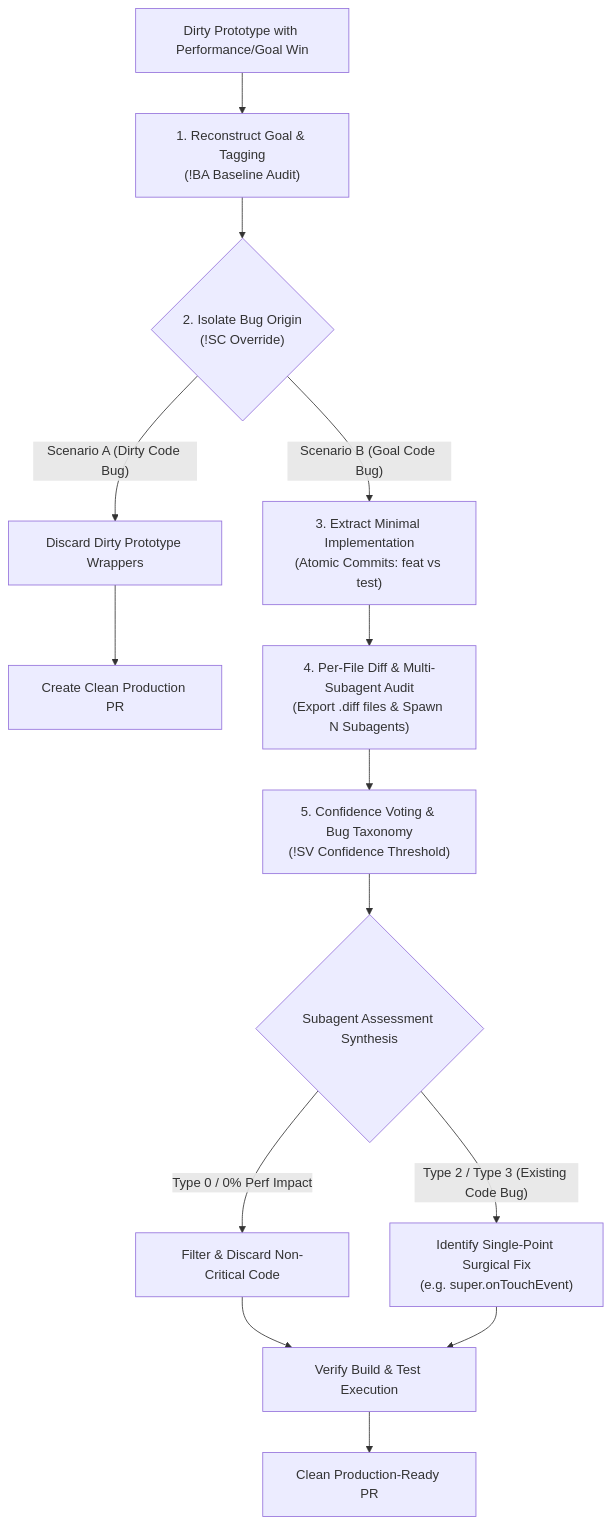
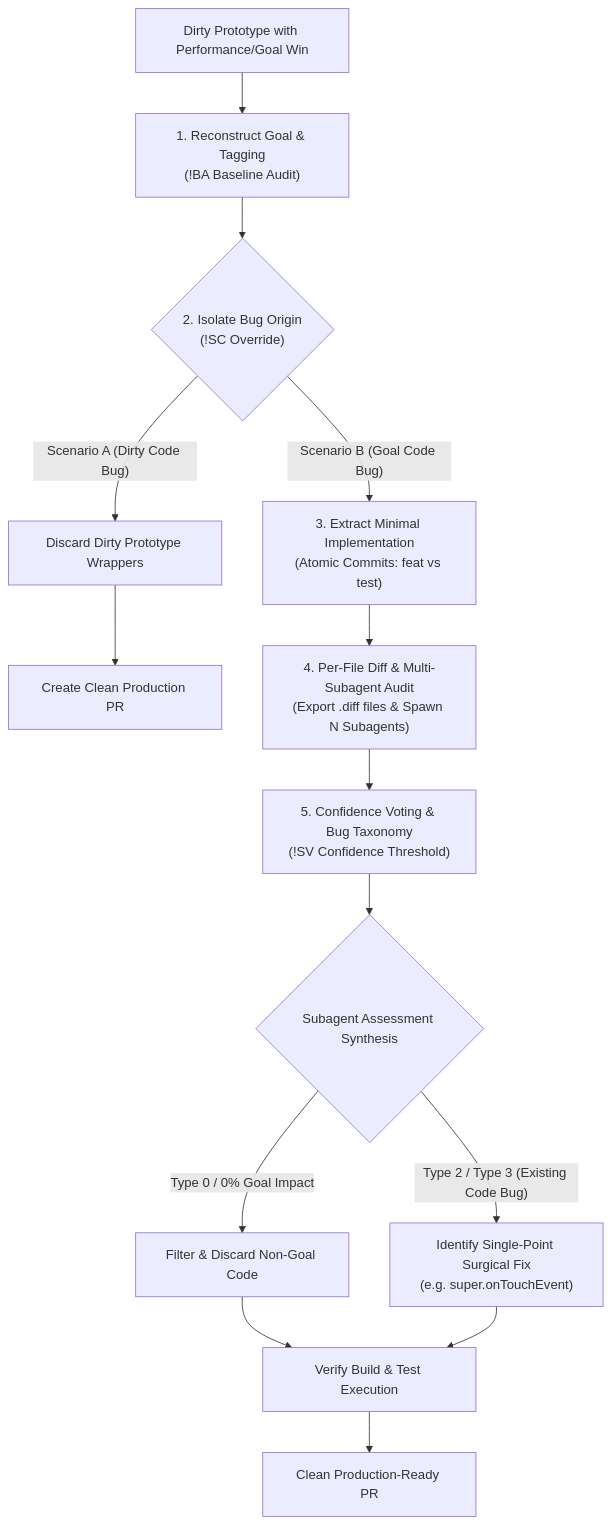
Before and after one commit to loerei/myskills: the diagram in engineering/afterplay/SKILL.md, drawn with Mermaid. The commit also changed other lines of this file and 1 other file, not shown here.

Commit message:
refactor(afterplay): generalize performance impact references to universal Goal impact across SKILL.md and REFERENCE.md

````diff
--- a/engineering/afterplay/SKILL.md
+++ b/engineering/afterplay/SKILL.md
@@ -16,23 +16,23 @@
 ```mermaid
 flowchart TD
     Start["Dirty Prototype with Performance/Goal Win"] --> Phase1["1. Reconstruct Goal & Tagging<br/>(!BA Baseline Audit)"]
     
     Phase1 --> Phase2{"2. Isolate Bug Origin<br/>(!SC<A|B> Override)"}
     
     Phase2 -->|"Scenario A (Dirty Code Bug)"| DiscardDirty["Discard Dirty Prototype Wrappers"] --> PR_Direct["Create Clean Production PR"]
     
     Phase2 -->|"Scenario B (Goal Code Bug)"| Phase3["3. Extract Minimal Implementation<br/>(Atomic Commits: feat vs test)"]
     
     Phase3 --> Phase4["4. Per-File Diff & Multi-Subagent Audit<br/>(Export .diff files & Spawn N Subagents)"]
     
     Phase4 --> Phase5["5. Confidence Voting & Bug Taxonomy<br/>(!SV<N> Confidence Threshold)"]
     
     Phase5 --> CheckType{"Subagent Assessment Synthesis"}
-    CheckType -->|"Type 0 / 0% Perf Impact"| StripCode["Filter & Discard Non-Critical Code"]
+    CheckType -->|"Type 0 / 0% Goal Impact"| StripCode["Filter & Discard Non-Goal Code"]
     CheckType -->|"Type 2 / Type 3 (Existing Code Bug)"| SurgicalFix["Identify Single-Point Surgical Fix<br/>(e.g. super.onTouchEvent)"]
     
     StripCode --> Verify["Verify Build & Test Execution"]
     SurgicalFix --> Verify
     
     Verify --> Done["Clean Production-Ready PR"]
 ```
````
